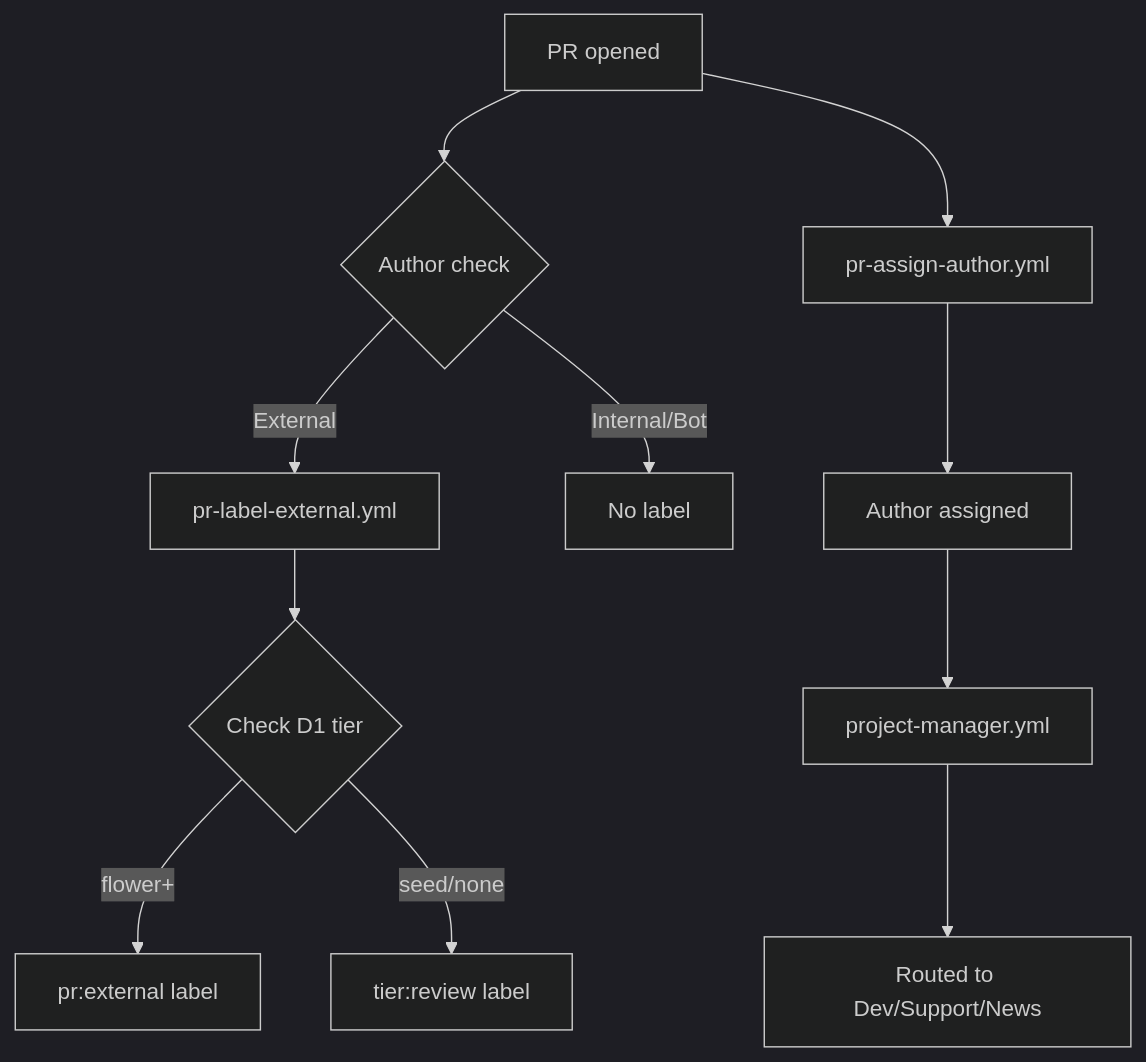
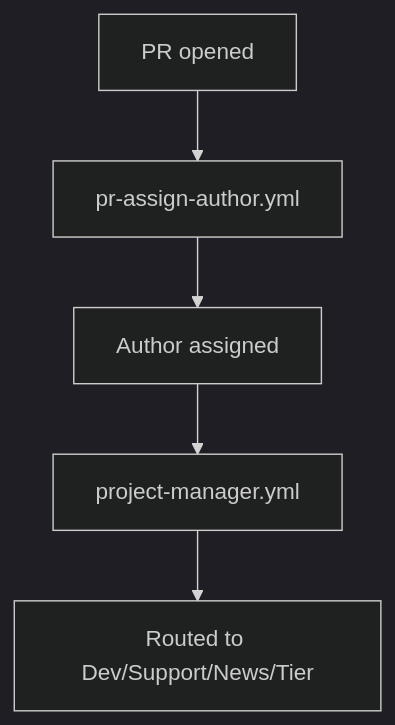
One commit to pollinations/pollinations changed the second of 3 diagrams in .github/docs/TRIAGE.md. Above: the diagram before and after it, drawn with Mermaid. The commit also changed other lines of this file and 8 other files, not shown here.

First line of the commit message:
refactor: remove Inbox/PR labels, add NEWS label

````diff
--- a/.github/docs/TRIAGE.md
+++ b/.github/docs/TRIAGE.md
@@ -96,15 +82,8 @@
 ```mermaid
 %%{init: {'theme': 'dark'}}%%
 flowchart TD
-    A[PR opened] --> B{Author check}
-    B -->|External| C[pr-label-external.yml]
-    C --> D{Check D1 tier}
-    D -->|flower+| E[pr:external label]
-    D -->|seed/none| F[tier:review label]
-    B -->|Internal/Bot| G[No label]
-
-    A --> H[pr-assign-author.yml]
-    H --> I[Author assigned]
-    I --> J[project-manager.yml]
-    J --> K[Routed to Dev/Support/News]
+    A[PR opened] --> B[pr-assign-author.yml]
+    B --> C[Author assigned]
+    C --> D[project-manager.yml]
+    D --> E[Routed to Dev/Support/News/Tier]
 ```
````
